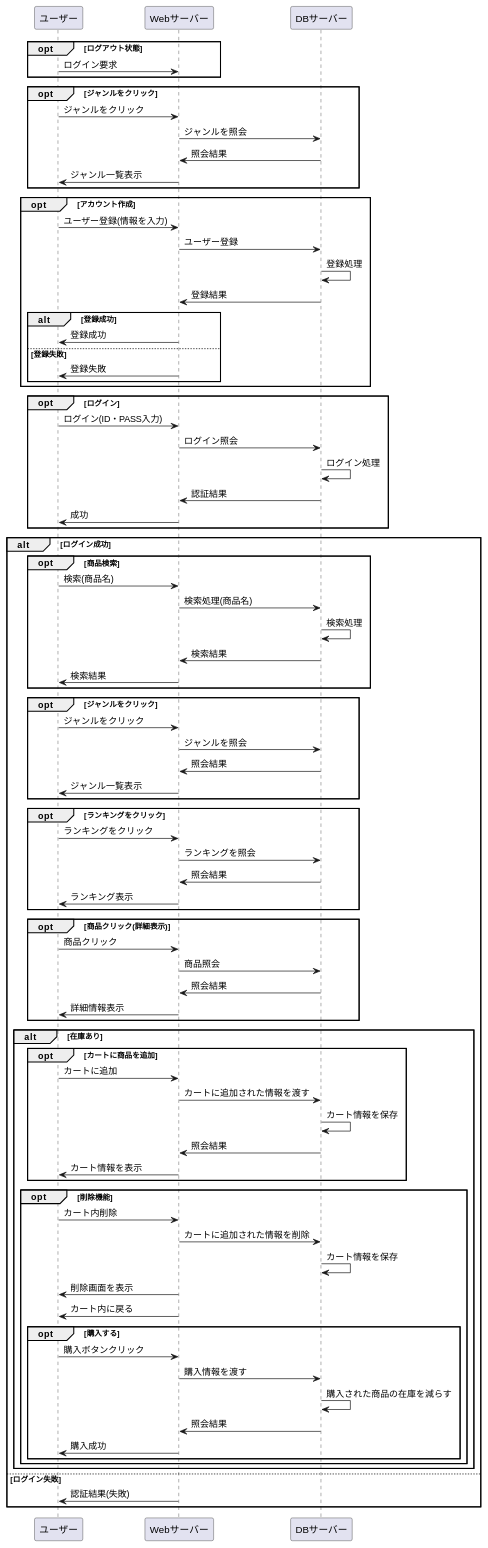
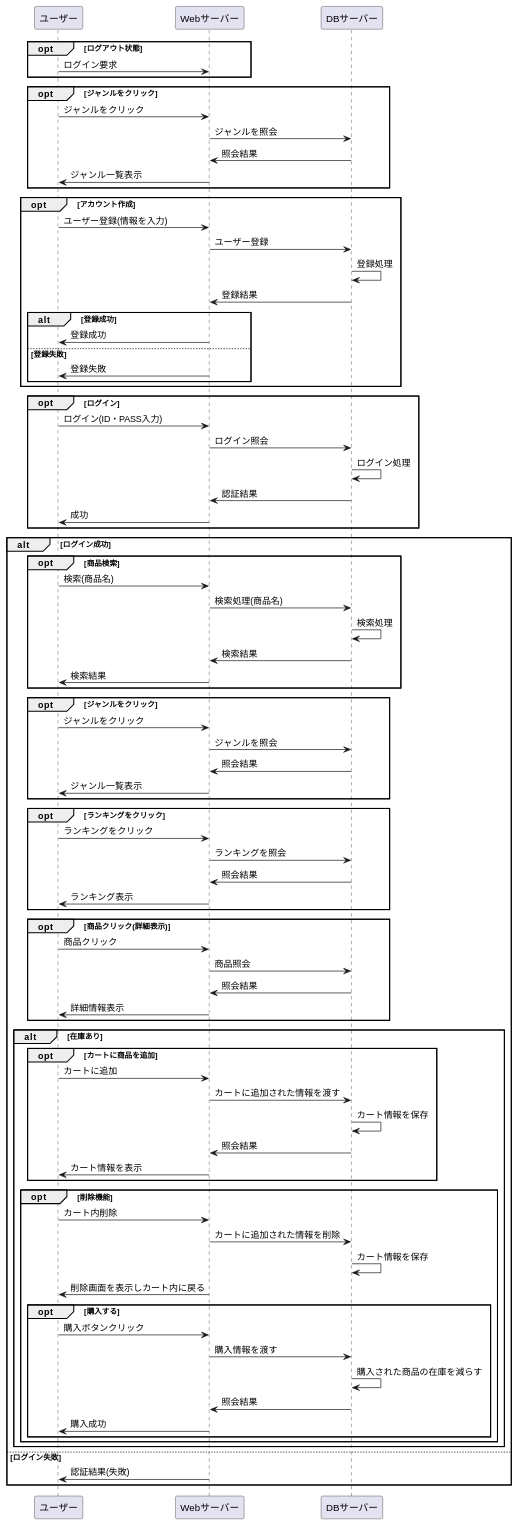
The diagram in stationary/業務フロー/kari1.md (Aso2001154/2021sys-design), drawn with PlantUML before and after one commit.

```diff
--- a/stationary/業務フロー/kari1.md
+++ b/stationary/業務フロー/kari1.md
@@ -79,8 +79,7 @@
 ユーザー -> Webサーバー : カート内削除
 Webサーバー -> DBサーバー : カートに追加された情報を削除
 DBサーバー -> DBサーバー : カート情報を保存
-Webサーバー -> ユーザー : 削除画面を表示
-Webサーバー -> ユーザー : カート内に戻る
+Webサーバー -> ユーザー : 削除画面を表示しカート内に戻る
 
 opt 購入する
 ユーザー -> Webサーバー : 購入ボタンクリック
```
